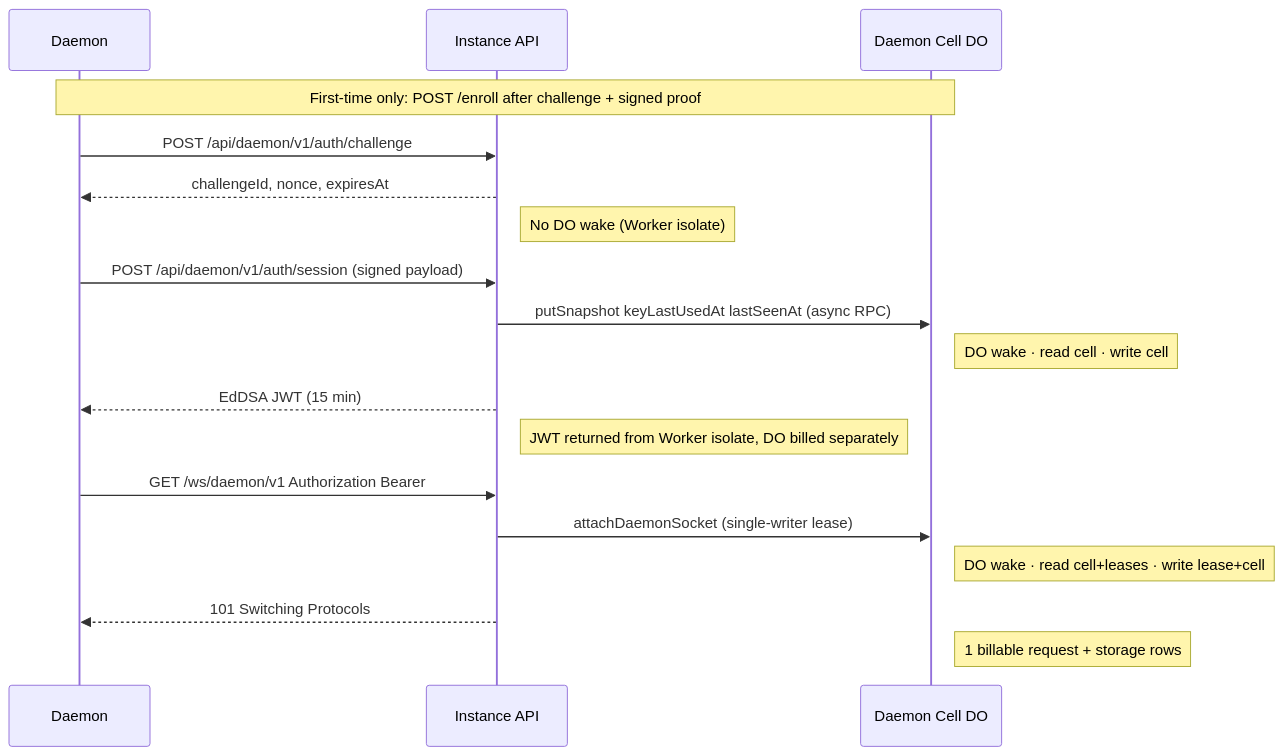
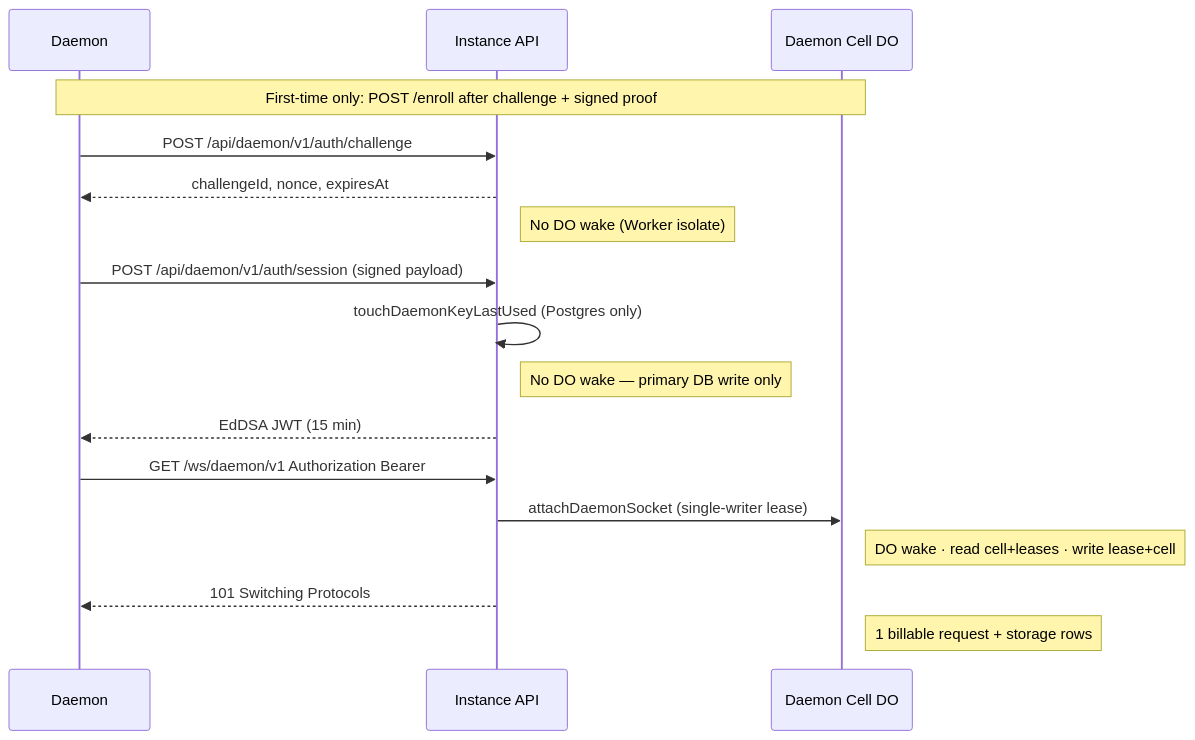
The first of 8 diagrams in docs/architecture/daemon-cell.mdx (TurboPanel/website), drawn with Mermaid before and after one commit. The commit also changed other lines of this file, not shown here.

````diff
--- a/docs/architecture/daemon-cell.mdx
+++ b/docs/architecture/daemon-cell.mdx
@@ -125,24 +125,23 @@
 ```mermaid
 sequenceDiagram
     participant Daemon
     participant Instance as Instance API
     participant Cell as Daemon Cell DO
 
     Note over Daemon,Cell: First-time only: POST /enroll after challenge + signed proof
 
     Daemon->>Instance: POST /api/daemon/v1/auth/challenge
     Instance-->>Daemon: challengeId, nonce, expiresAt
     Note right of Instance: No DO wake (Worker isolate)
 
     Daemon->>Instance: POST /api/daemon/v1/auth/session (signed payload)
-    Instance->>Cell: putSnapshot keyLastUsedAt lastSeenAt (async RPC)
-    Note right of Cell: DO wake · read cell · write cell
+    Instance->>Instance: touchDaemonKeyLastUsed (Postgres only)
+    Note right of Instance: No DO wake — primary DB write only
     Instance-->>Daemon: EdDSA JWT (15 min)
-    Note right of Instance: JWT returned from Worker isolate, DO billed separately
 
     Daemon->>Instance: GET /ws/daemon/v1 Authorization Bearer
     Instance->>Cell: attachDaemonSocket (single-writer lease)
     Note right of Cell: DO wake · read cell+leases · write lease+cell
     Instance-->>Daemon: 101 Switching Protocols
     Note right of Cell: 1 billable request + storage rows
 ```
````
